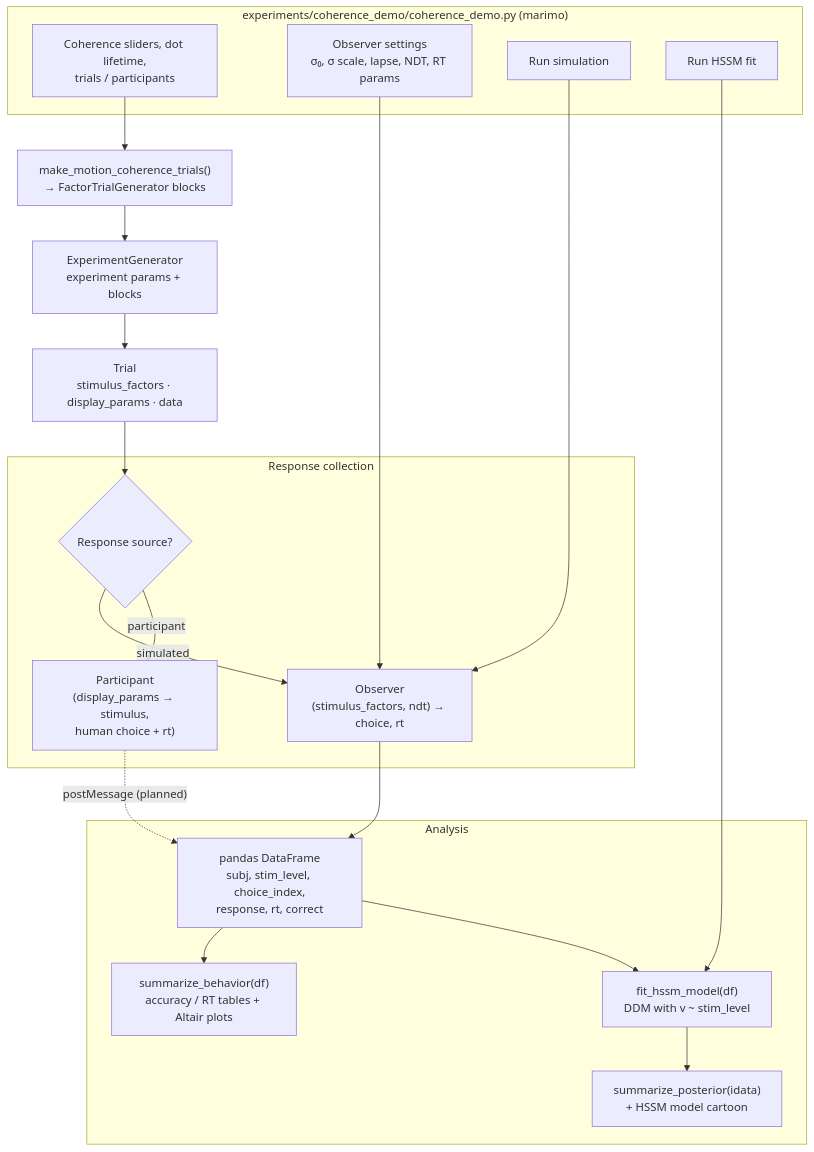
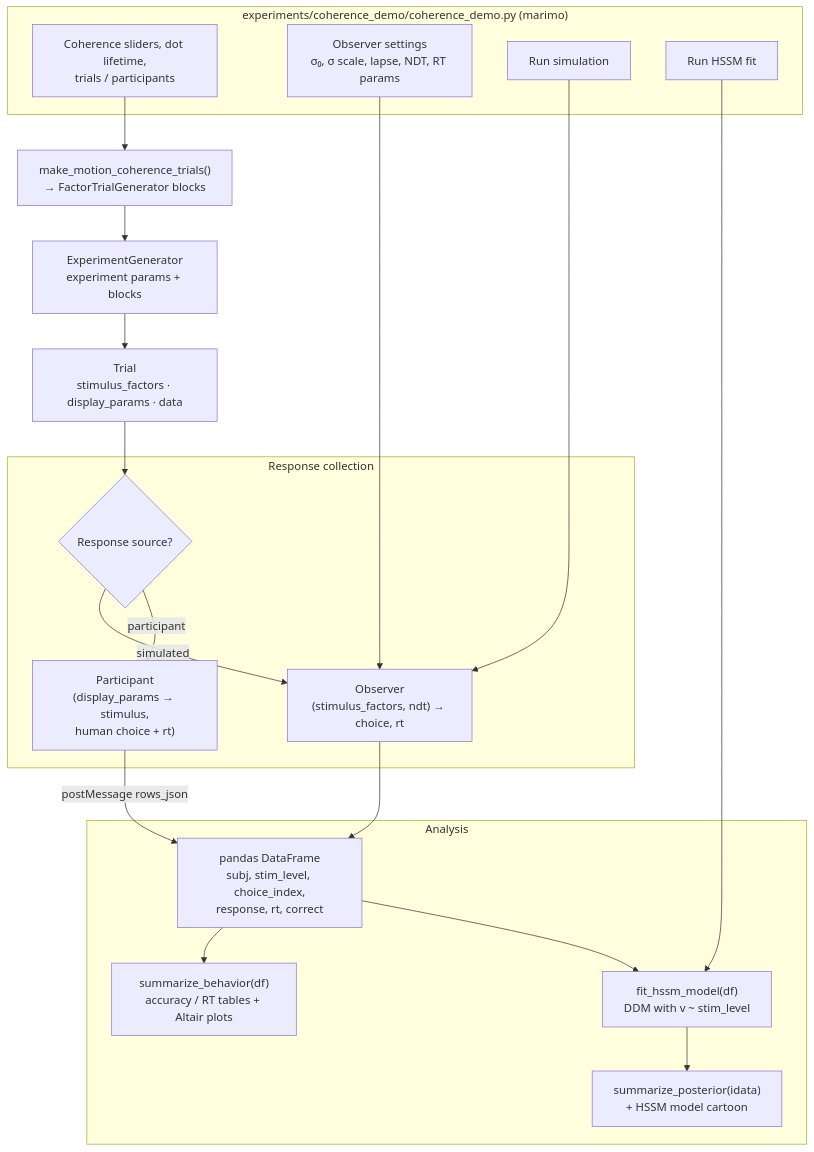
Before and after one commit to Jovan-Kemp/experiment-simulator: the first of 3 diagrams in DOCUMENTATION.md, drawn with Mermaid. The commit also changed other lines of this file and 14 other files, not shown here.

````diff
--- a/DOCUMENTATION.md
+++ b/DOCUMENTATION.md
@@ -19,39 +19,39 @@
 ```mermaid
 flowchart TB
   subgraph UI["experiments/coherence_demo/coherence_demo.py (marimo)"]
     sliders["Coherence sliders, dot lifetime,\ntrials / participants"]
     simCtrl["Observer settings\nσ₀, σ scale, lapse, NDT, RT params"]
     runSim["Run simulation"]
     runFit["Run HSSM fit"]
   end
 
   makeTrials["make_motion_coherence_trials()\n→ FactorTrialGenerator blocks"]
   expGen["ExperimentGenerator\nexperiment params + blocks"]
   trial["Trial\nstimulus_factors · display_params · data"]
 
   subgraph Resp["Response collection"]
     direction{"Response source?"}
     observerBB["Observer\n(stimulus_factors, ndt) → choice, rt"]
     participant["Participant\n(display_params → stimulus,\nhuman choice + rt)"]
   end
 
   subgraph Analysis["Analysis"]
     df["pandas DataFrame\nsubj, stim_level, choice_index,\nresponse, rt, correct"]
     summarize["summarize_behavior(df)\naccuracy / RT tables + Altair plots"]
     hssm["fit_hssm_model(df)\nDDM with v ~ stim_level"]
     posterior["summarize_posterior(idata)\n+ HSSM model cartoon"]
   end
 
   sliders --> makeTrials --> expGen --> trial
   trial --> direction
   direction -->|simulated| observerBB
   direction -->|participant| participant
   simCtrl --> observerBB
   runSim --> observerBB
   observerBB --> df
-  participant -.->|"postMessage (planned)"| df
+  participant -->|"postMessage rows_json"| df
   df --> summarize
   df --> hssm
   runFit --> hssm
   hssm --> posterior
 ```
````
